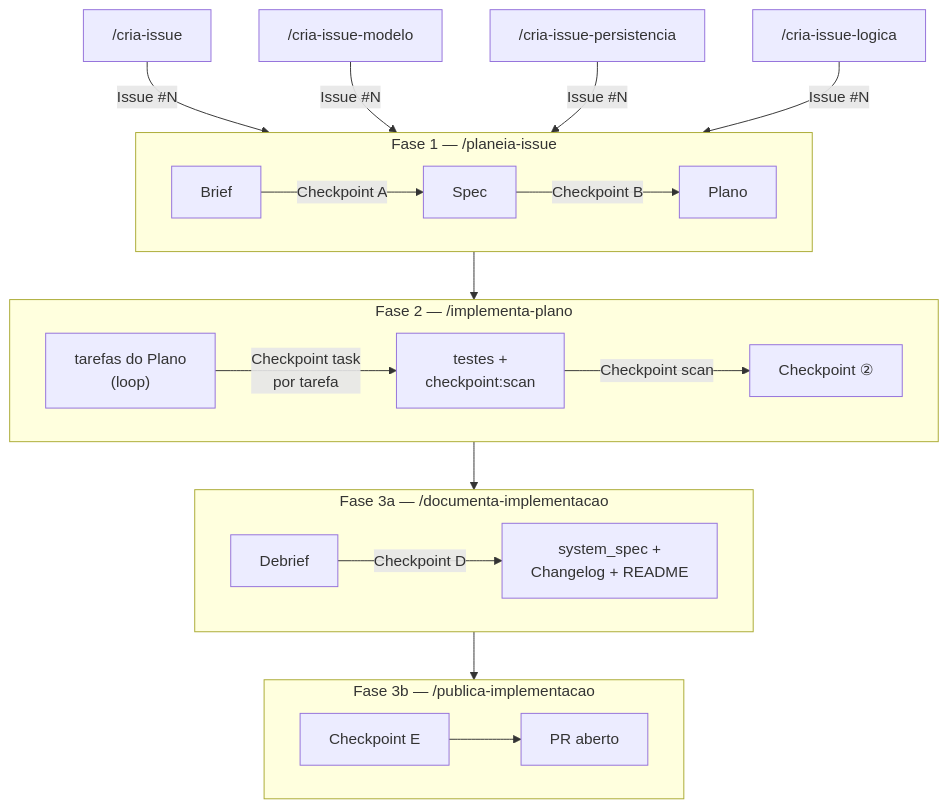
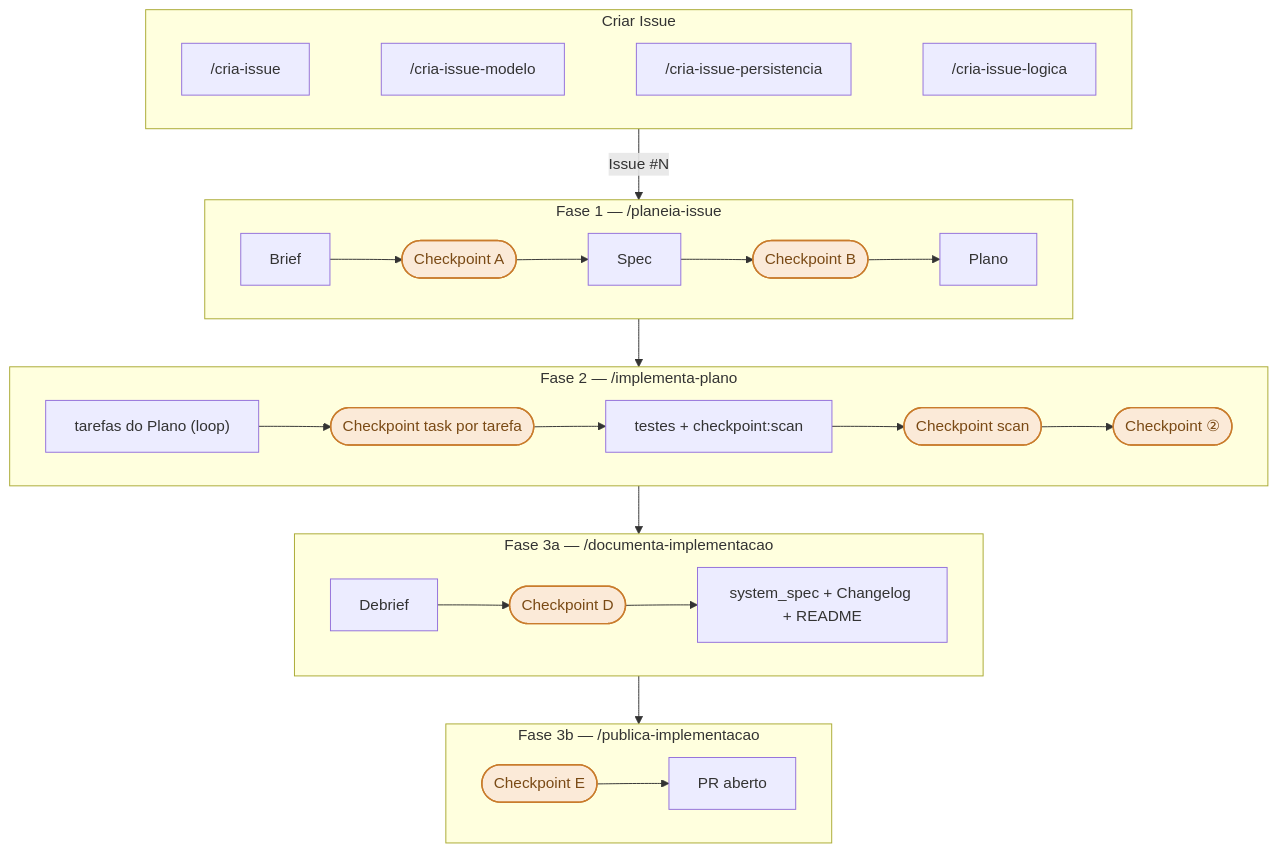
Before and after one commit to paulocmguerreiro/findocprocessor-backend-laravel: the diagram in docs/WORKFLOW.md, drawn with Mermaid.

Commit message:
docs(workflow): checkpoints como nós coloridos e entrada agrupada num subgraph
Checkpoints eram etiquetas de texto nas setas ou nós sem destaque;
passam a nós próprios com classDef checkpoint (âmbar, pílula) —
mesmo princípio da documentação do Kubernetes: cor só onde tem
significado, sem paleta custom. Os 4 pontos de entrada (/cria-issue*)
agrupam-se num subgraph CI com uma única seta de saída, em vez de
4 setas soltas a convergir em PL. Validado em mermaid.live.

````diff
--- a/docs/WORKFLOW.md
+++ b/docs/WORKFLOW.md
@@ -71,33 +71,38 @@
 ```mermaid
 flowchart TB
-    CI1["/cria-issue"] -->|Issue #N| PL
-    CI2["/cria-issue-modelo"] -->|Issue #N| PL
-    CI3["/cria-issue-persistencia"] -->|Issue #N| PL
-    CI4["/cria-issue-logica"] -->|Issue #N| PL
+    subgraph CI["Criar Issue"]
+        direction LR
+        CI1["/cria-issue"] ~~~ CI2["/cria-issue-modelo"] ~~~ CI3["/cria-issue-persistencia"] ~~~ CI4["/cria-issue-logica"]
+    end
+
+    CI -->|Issue #N| PL
 
     subgraph PL["Fase 1 — /planeia-issue"]
         direction LR
-        PLa[Brief] -->|Checkpoint A| PLb[Spec] -->|Checkpoint B| PLc[Plano]
+        PLa[Brief] --> CPA([Checkpoint A]) --> PLb[Spec] --> CPB([Checkpoint B]) --> PLc[Plano]
     end
 
     PL --> IM
 
     subgraph IM["Fase 2 — /implementa-plano"]
         direction LR
-        IMa["tarefas do Plano<br/>(loop)"] -->|Checkpoint task<br/>por tarefa| IMb["testes +<br/>checkpoint:scan"] -->|Checkpoint scan| IMc["Checkpoint ②"]
+        IMa["tarefas do Plano (loop)"] --> CPT(["Checkpoint task por tarefa"]) --> IMb["testes + checkpoint:scan"] --> CPS([Checkpoint scan]) --> IMc([Checkpoint ②])
     end
 
     IM --> DOC
 
     subgraph DOC["Fase 3a — /documenta-implementacao"]
         direction LR
-        DOCa[Debrief] -->|Checkpoint D| DOCb["system_spec +<br/>Changelog + README"]
+        DOCa[Debrief] --> CPD([Checkpoint D]) --> DOCb["system_spec + Changelog + README"]
     end
 
     DOC --> PUB
 
     subgraph PUB["Fase 3b — /publica-implementacao"]
         direction LR
-        PUBa["Checkpoint E"] --> PUBb["PR aberto"]
+        CPE([Checkpoint E]) --> PUBb["PR aberto"]
     end
+
+    classDef checkpoint fill:#fbead8,stroke:#c97c2c,color:#7a4a15,stroke-width:1.5px;
+    class CPA,CPB,CPT,CPS,IMc,CPD,CPE checkpoint;
 ```
````
